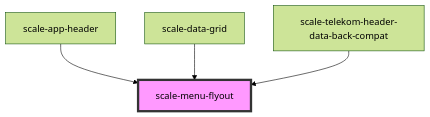
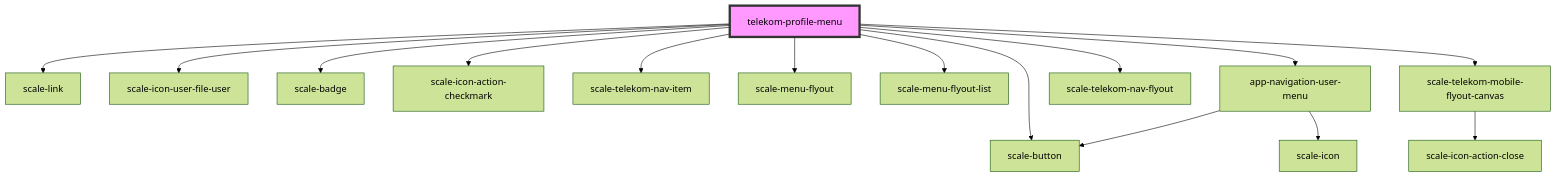
Before and after one commit to telekom/scale: the diagram in packages/components/src/components/telekom/profile-menu/readme.md, drawn with Mermaid (forest theme). The commit also changed other lines of this file and 13 other files, not shown here.

Commit message:
docs: updated profile-menu dependencies

````diff
--- a/packages/components/src/components/telekom/profile-menu/readme.md
+++ b/packages/components/src/components/telekom/profile-menu/readme.md
@@ -33,7 +52,18 @@
 ```mermaid
 graph TD;
-  scale-app-header --> scale-menu-flyout
-  scale-data-grid --> scale-menu-flyout
-  scale-telekom-header-data-back-compat --> scale-menu-flyout
-  style scale-menu-flyout fill:#f9f,stroke:#333,stroke-width:4px
+  telekom-profile-menu --> scale-button
+  telekom-profile-menu --> scale-link
+  telekom-profile-menu --> scale-icon-user-file-user
+  telekom-profile-menu --> scale-badge
+  telekom-profile-menu --> scale-icon-action-checkmark
+  telekom-profile-menu --> scale-telekom-nav-item
+  telekom-profile-menu --> scale-menu-flyout
+  telekom-profile-menu --> scale-menu-flyout-list
+  telekom-profile-menu --> app-navigation-user-menu
+  telekom-profile-menu --> scale-telekom-nav-flyout
+  telekom-profile-menu --> scale-telekom-mobile-flyout-canvas
+  app-navigation-user-menu --> scale-button
+  app-navigation-user-menu --> scale-icon
+  scale-telekom-mobile-flyout-canvas --> scale-icon-action-close
+  style telekom-profile-menu fill:#f9f,stroke:#333,stroke-width:4px
 ```
````
